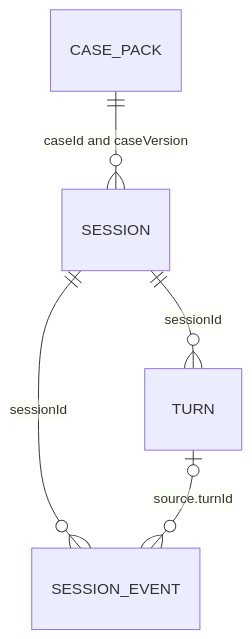
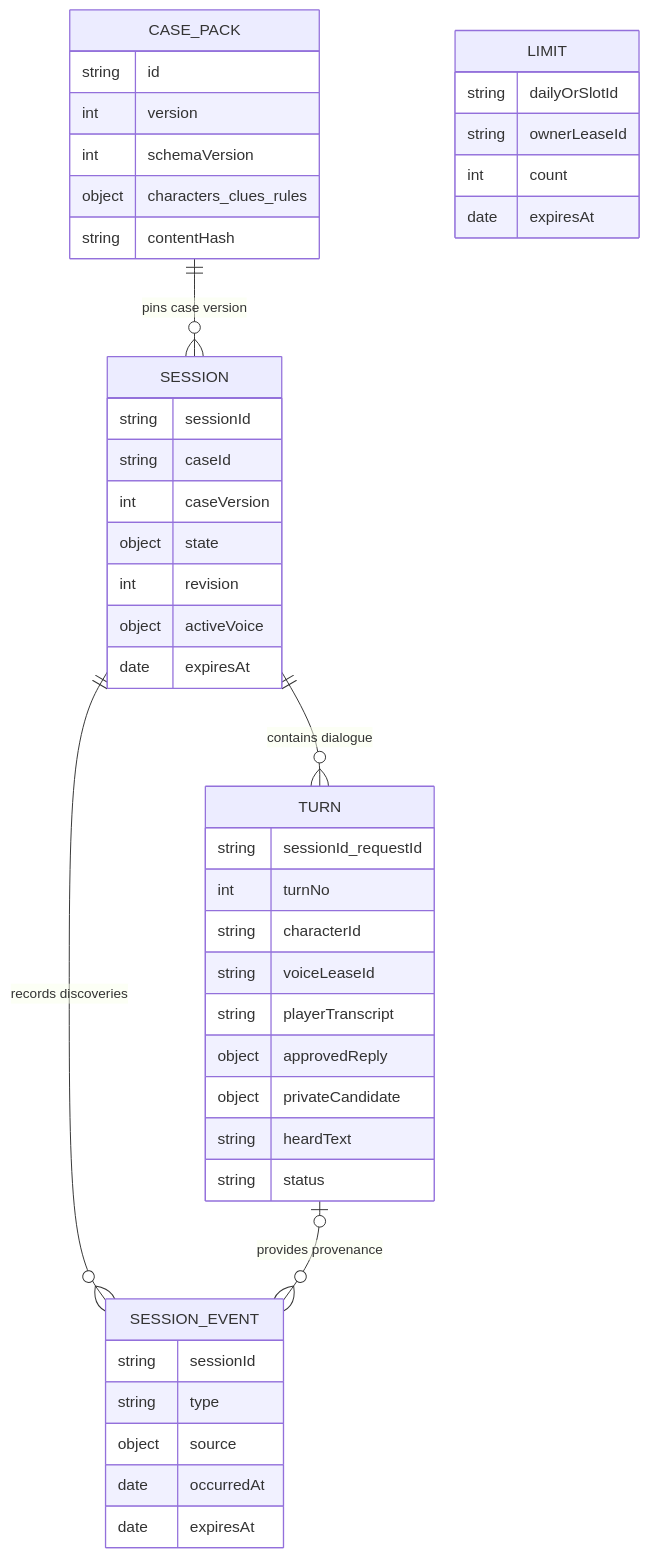
The first of 2 diagrams in architecture/data-model.md (Sayyam2911/voice-native-mystery), drawn with Mermaid before and after one commit. The commit also changed other lines of this file and 37 other files, not shown here.

Commit message:
Publish judge-facing architecture guide and refresh project README

````diff
--- a/architecture/data-model.md
+++ b/architecture/data-model.md
@@ -17,7 +5,47 @@
 ```mermaid
 erDiagram
-    CASE_PACK ||--o{ SESSION : "caseId and caseVersion"
-    SESSION ||--o{ TURN : sessionId
-    SESSION ||--o{ SESSION_EVENT : sessionId
-    TURN |o--o{ SESSION_EVENT : "source.turnId"
+    CASE_PACK ||--o{ SESSION : "pins case version"
+    SESSION ||--o{ TURN : "contains dialogue"
+    SESSION ||--o{ SESSION_EVENT : "records discoveries"
+    TURN |o--o{ SESSION_EVENT : "provides provenance"
+    CASE_PACK {
+        string id
+        int version
+        int schemaVersion
+        object characters_clues_rules
+        string contentHash
+    }
+    SESSION {
+        string sessionId
+        string caseId
+        int caseVersion
+        object state
+        int revision
+        object activeVoice
+        date expiresAt
+    }
+    TURN {
+        string sessionId_requestId
+        int turnNo
+        string characterId
+        string voiceLeaseId
+        string playerTranscript
+        object approvedReply
+        object privateCandidate
+        string heardText
+        string status
+    }
+    SESSION_EVENT {
+        string sessionId
+        string type
+        object source
+        date occurredAt
+        date expiresAt
+    }
+    LIMIT {
+        string dailyOrSlotId
+        string ownerLeaseId
+        int count
+        date expiresAt
+    }
 ```
````
